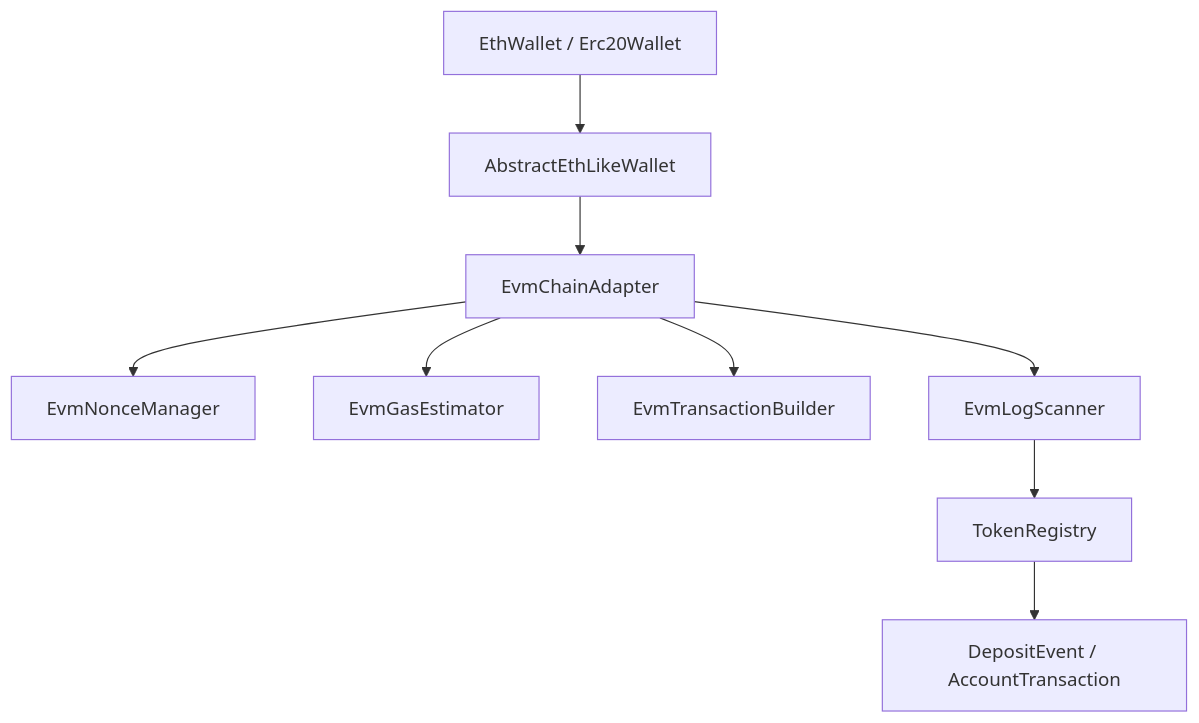
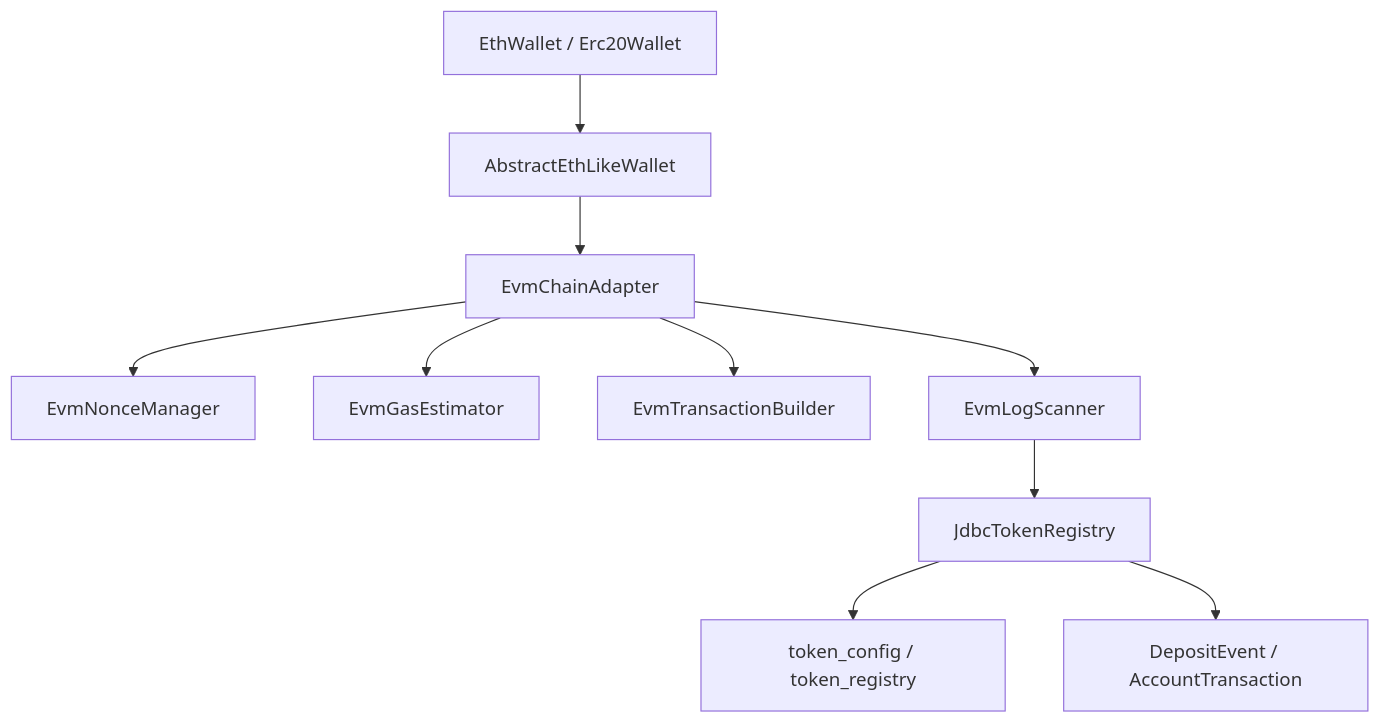
The third of 5 diagrams in system-code-flow.md (lilaizhencn/surprising-wallet), drawn with Mermaid before and after one commit. The commit also changed other lines of this file and 7 other files, not shown here.

````diff
--- a/system-code-flow.md
+++ b/system-code-flow.md
@@ -51,11 +51,12 @@
 ```mermaid
 flowchart TD
     A[EthWallet / Erc20Wallet] --> B[AbstractEthLikeWallet]
     B --> C[EvmChainAdapter]
     C --> D[EvmNonceManager]
     C --> E[EvmGasEstimator]
     C --> F[EvmTransactionBuilder]
     C --> G[EvmLogScanner]
-    G --> H[TokenRegistry]
+    G --> H[JdbcTokenRegistry]
+    H --> J[token_config / token_registry]
     H --> I[DepositEvent / AccountTransaction]
 ```
````
